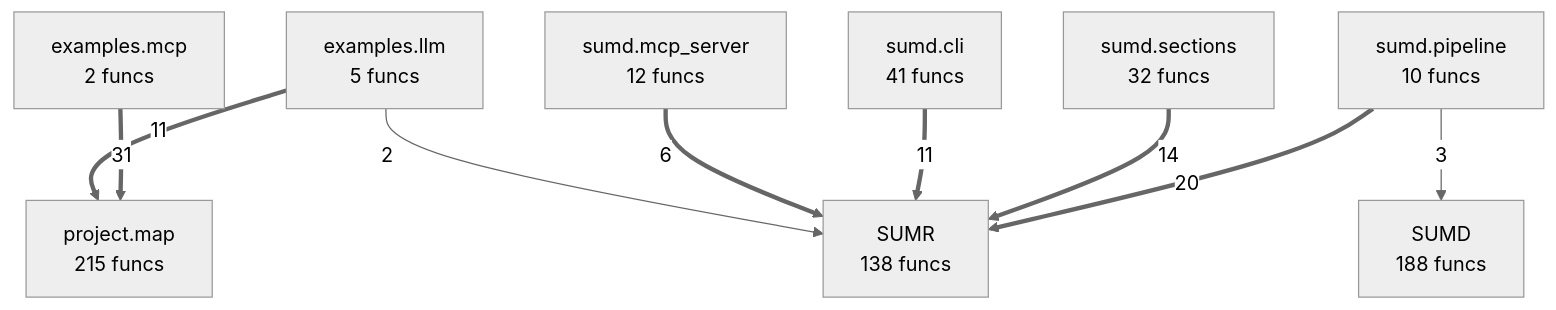
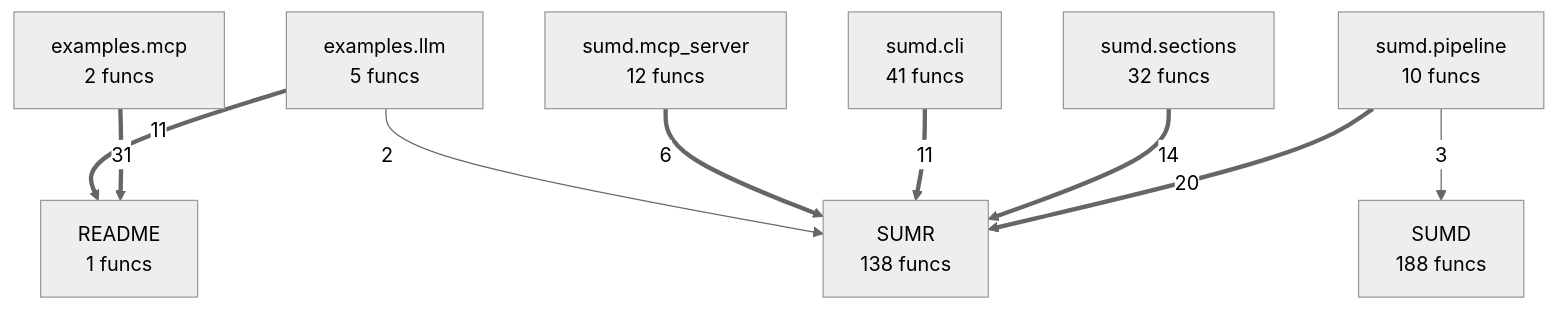
Before and after one commit to oqlos/sumd: the diagram in project/compact_flow.mmd, drawn with Mermaid (neutral theme). The commit also changed 25 other files, not shown here.

```diff
--- a/project/compact_flow.mmd
+++ b/project/compact_flow.mmd
@@ -1,18 +1,18 @@
 flowchart TD
+    README["README<br/>1 funcs"]
     SUMD["SUMD<br/>188 funcs"]
     SUMR["SUMR<br/>138 funcs"]
     examples__llm["examples.llm<br/>5 funcs"]
     examples__mcp["examples.mcp<br/>2 funcs"]
-    project__map["project.map<br/>215 funcs"]
     sumd__cli["sumd.cli<br/>41 funcs"]
     sumd__mcp_server["sumd.mcp_server<br/>12 funcs"]
     sumd__pipeline["sumd.pipeline<br/>10 funcs"]
     sumd__sections["sumd.sections<br/>32 funcs"]
-    examples__mcp ==>|31| project__map
+    examples__mcp ==>|31| README
     sumd__pipeline ==>|20| SUMR
     sumd__sections ==>|14| SUMR
-    examples__llm ==>|11| project__map
+    examples__llm ==>|11| README
     sumd__cli ==>|11| SUMR
     sumd__mcp_server ==>|6| SUMR
     sumd__pipeline -->|3| SUMD
     examples__llm -->|2| SUMR
```
